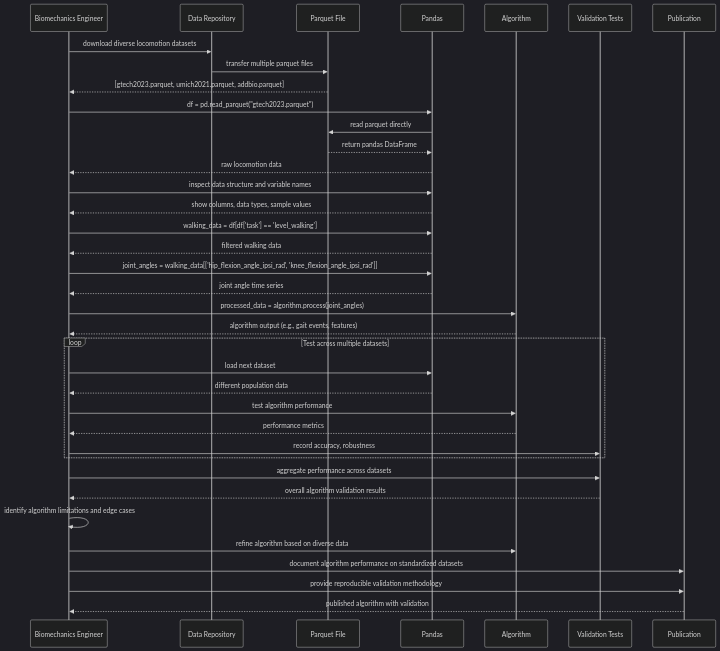
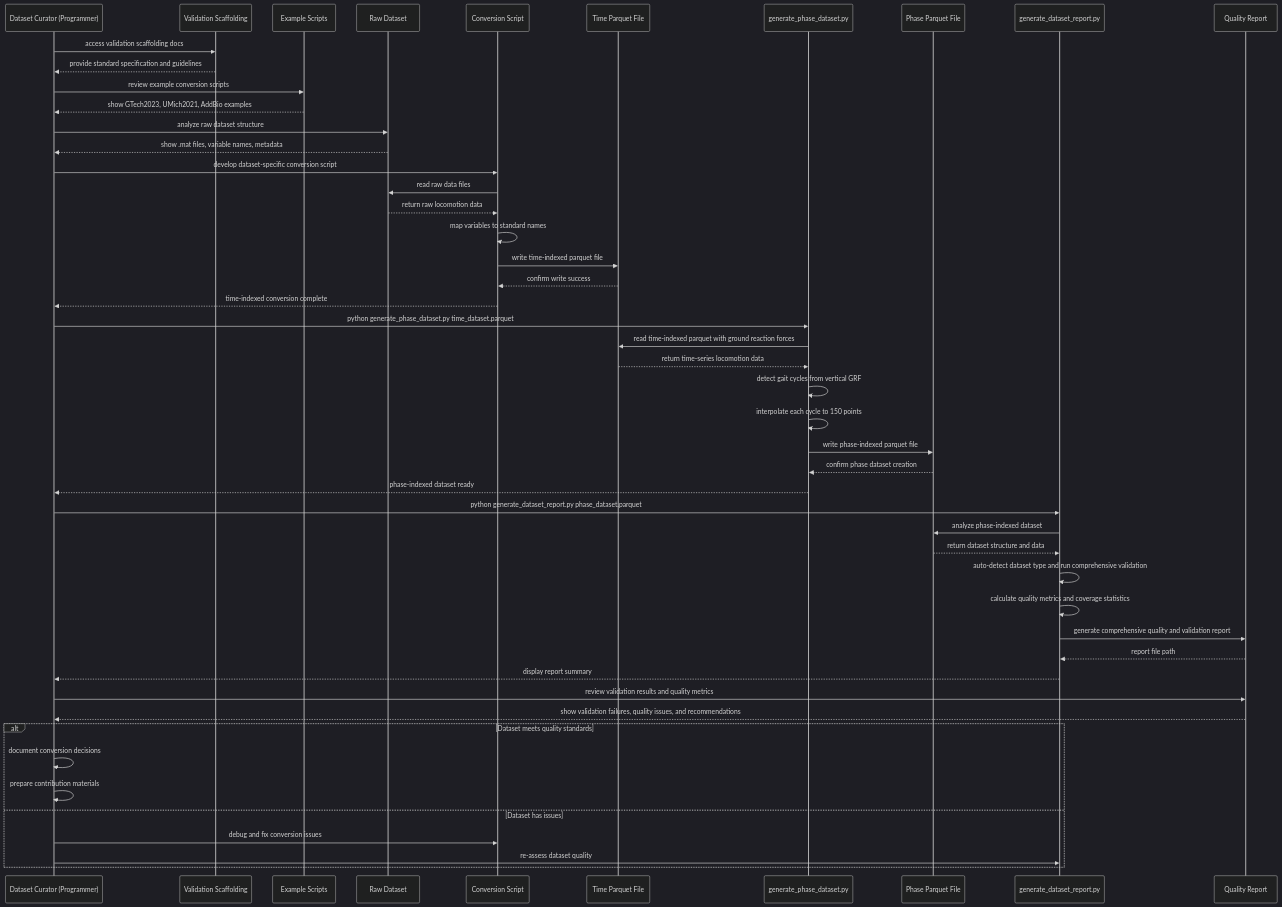
One commit to jmontp/LocoHub changed the first of 4 diagrams in docs/software_engineering/06_sequence_workflows.md. Above: the diagram before and after it, drawn with Mermaid. The commit also changed other lines of this file and 4 other files, not shown here.

````diff
--- a/docs/software_engineering/06_sequence_workflows.md
+++ b/docs/software_engineering/06_sequence_workflows.md
@@ -112,50 +9,60 @@
 ```mermaid
 %%{init: {'theme': 'dark'}}%%
 sequenceDiagram
-    participant BE as Biomechanics Engineer
-    participant DR as Data Repository
-    participant PF as Parquet File
-    participant PD as Pandas
-    participant AL as Algorithm
-    participant VT as Validation Tests
-    participant PU as Publication
+    participant DC as Dataset Curator (Programmer)
+    participant VS as Validation Scaffolding
+    participant ES as Example Scripts
+    participant RD as Raw Dataset
+    participant CS as Conversion Script
+    participant PF as Time Parquet File
+    participant GP as generate_phase_dataset.py
+    participant PP as Phase Parquet File
+    participant DR as generate_dataset_report.py
+    participant QR as Quality Report
 
-    BE->>DR: download diverse locomotion datasets
-    DR->>PF: transfer multiple parquet files
-    PF-->>BE: [gtech2023.parquet, umich2021.parquet, addbio.parquet]
+    DC->>VS: access validation scaffolding docs
+    VS-->>DC: provide standard specification and guidelines
     
-    BE->>PD: df = pd.read_parquet("gtech2023.parquet")
-    PD->>PF: read parquet directly
-    PF-->>PD: return pandas DataFrame
-    PD-->>BE: raw locomotion data
+    DC->>ES: review example conversion scripts
+    ES-->>DC: show GTech2023, UMich2021, AddBio examples
     
-    BE->>PD: inspect data structure and variable names
-    PD-->>BE: show columns, data types, sample values
+    DC->>RD: analyze raw dataset structure
+    RD-->>DC: show .mat files, variable names, metadata
     
-    BE->>PD: walking_data = df[df['task'] == 'level_walking']
-    PD-->>BE: filtered walking data
+    DC->>CS: develop dataset-specific conversion script
+    CS->>RD: read raw data files
+    RD-->>CS: return raw locomotion data
+    CS->>CS: map variables to standard names
+    CS->>PF: write time-indexed parquet file
+    PF-->>CS: confirm write success
+    CS-->>DC: time-indexed conversion complete
     
-    BE->>PD: joint_angles = walking_data[['hip_flexion_angle_ipsi_rad', 'knee_flexion_angle_ipsi_rad']]
-    PD-->>BE: joint angle time series
+    DC->>GP: python generate_phase_dataset.py time_dataset.parquet
+    GP->>PF: read time-indexed parquet with ground reaction forces
+    PF-->>GP: return time-series locomotion data
+    GP->>GP: detect gait cycles from vertical GRF
+    GP->>GP: interpolate each cycle to 150 points
+    GP->>PP: write phase-indexed parquet file
+    PP-->>GP: confirm phase dataset creation
+    GP-->>DC: phase-indexed dataset ready
     
-    BE->>AL: processed_data = algorithm.process(joint_angles)
-    AL-->>BE: algorithm output (e.g., gait events, features)
+    DC->>DR: python generate_dataset_report.py phase_dataset.parquet
+    DR->>PP: analyze phase-indexed dataset
+    PP-->>DR: return dataset structure and data
+    DR->>DR: auto-detect dataset type and run comprehensive validation
+    DR->>DR: calculate quality metrics and coverage statistics
+    DR->>QR: generate comprehensive quality and validation report
+    QR-->>DR: report file path
+    DR-->>DC: display report summary
     
-    loop Test across multiple datasets
-        BE->>PD: load next dataset
-        PD-->>BE: different population data
-        BE->>AL: test algorithm performance
-        AL-->>BE: performance metrics
-        BE->>VT: record accuracy, robustness
+    DC->>QR: review validation results and quality metrics
+    QR-->>DC: show validation failures, quality issues, and recommendations
+    
+    alt Dataset meets quality standards
+        DC->>DC: document conversion decisions
+        DC->>DC: prepare contribution materials
+    else Dataset has issues
+        DC->>CS: debug and fix conversion issues
+        DC->>DR: re-assess dataset quality
     end
-    
-    BE->>VT: aggregate performance across datasets
-    VT-->>BE: overall algorithm validation results
-    
-    BE->>BE: identify algorithm limitations and edge cases
-    BE->>AL: refine algorithm based on diverse data
-    
-    BE->>PU: document algorithm performance on standardized datasets
-    BE->>PU: provide reproducible validation methodology
-    PU-->>BE: published algorithm with validation
 ```
````
